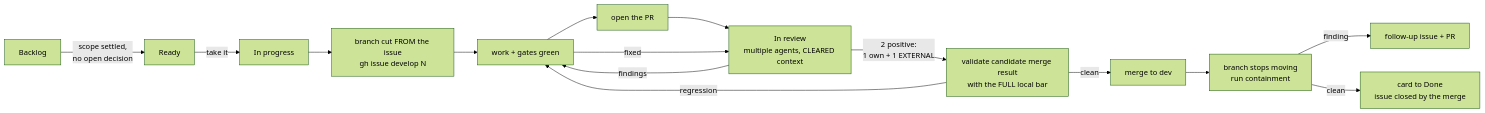
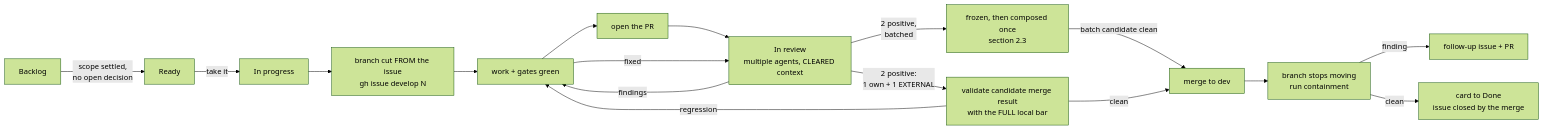
Before and after one commit to kebag-logic/milan-fpga: the first of 2 diagrams in CONTRIBUTING.md, drawn with Mermaid (forest theme). The commit also changed other lines of this file and 2 other files, not shown here.

Commit message:
Record batched merges as standing process: CONTRIBUTING.md section 2.3 (freeze, compose once, check once, merge once), the batch path in 2.1's diagram and step 7, and pointers in AGENTS.md sections 6, 7 and 8 and CI_WORKFLOWS Fast feedback (#940)

````diff
--- a/CONTRIBUTING.md
+++ b/CONTRIBUTING.md
@@ -67,17 +67,19 @@
 ```mermaid
 flowchart LR
     B[Backlog] -->|scope settled,<br/>no open decision| R[Ready]
     R -->|take it| P[In progress]
     P --> BR[branch cut FROM the issue<br/>gh issue develop N]
     BR --> W[work + gates green]
     W --> PR[open the PR]
     PR --> RV[In review<br/>multiple agents, CLEARED context]
     RV -->|findings| W
     W -->|fixed| RV
     RV -->|2 positive:<br/>1 own + 1 EXTERNAL| G[validate candidate merge result<br/>with the FULL local bar]
+    RV -->|2 positive,<br/>batched| BT[frozen, then composed once<br/>section 2.3]
+    BT -->|batch candidate clean| M
     G -->|regression| W
     G -->|clean| M[merge to dev]
     M --> C[branch stops moving<br/>run containment]
     C -->|finding| F[follow-up issue + PR]
     C -->|clean| D[card to Done<br/>issue closed by the merge]
 ```
````
